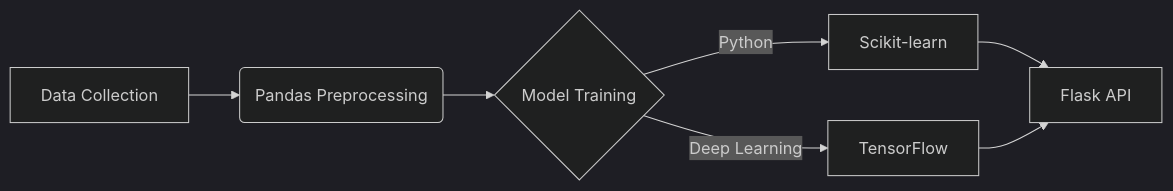
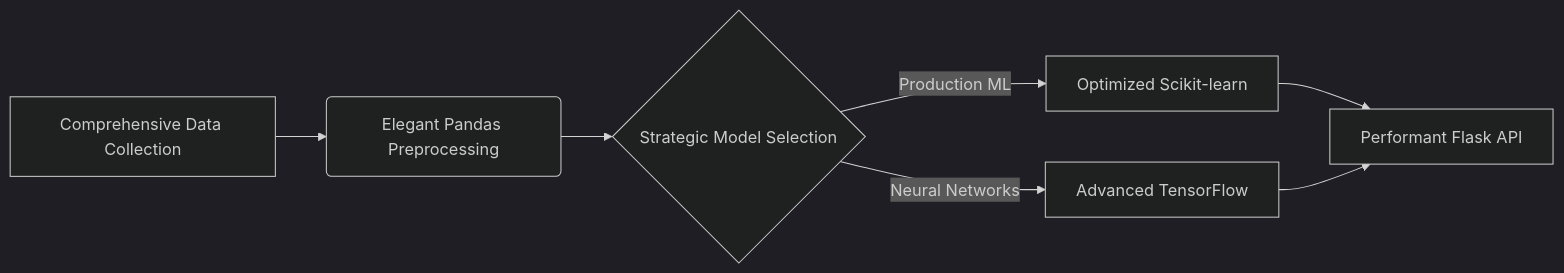
One commit to joaquimtimoteo/joaquimtimoteo changed the first of 2 diagrams in README.md. Above: the diagram before and after it, drawn with Mermaid (dark theme). The commit also changed other lines of this file, not shown here.

````diff
--- a/README.md
+++ b/README.md
@@ -36,9 +35,9 @@
 ```mermaid
 graph LR
-A[Data Collection] --> B(Pandas Preprocessing)
-B --> C{Model Training}
-C -->|Python| D[Scikit-learn]
-C -->|Deep Learning| E[TensorFlow]
-D --> F[Flask API]
+A[Comprehensive Data Collection] --> B(Elegant Pandas Preprocessing)
+B --> C{Strategic Model Selection}
+C -->|Production ML| D[Optimized Scikit-learn]
+C -->|Neural Networks| E[Advanced TensorFlow]
+D --> F[Performant Flask API]
 E --> F
 ```
````
